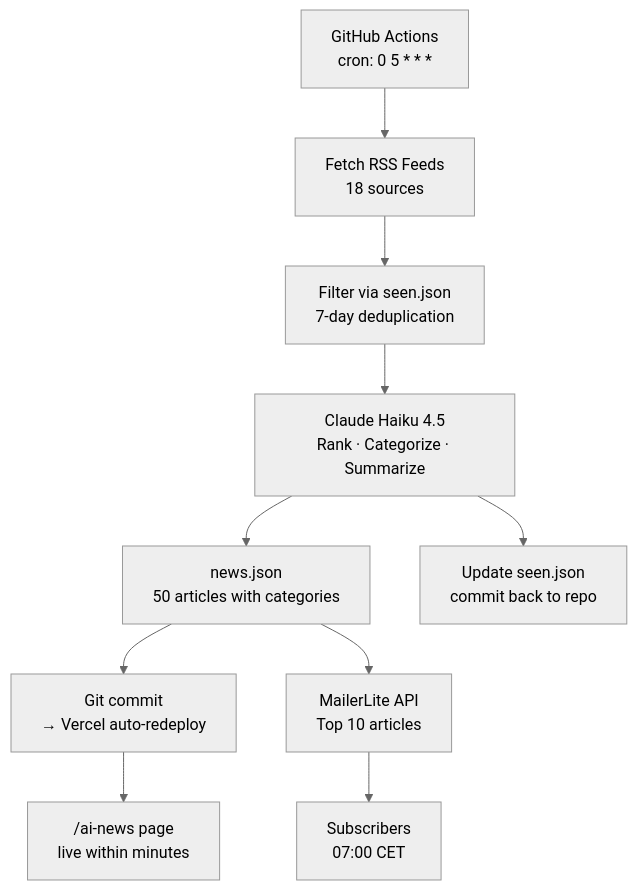
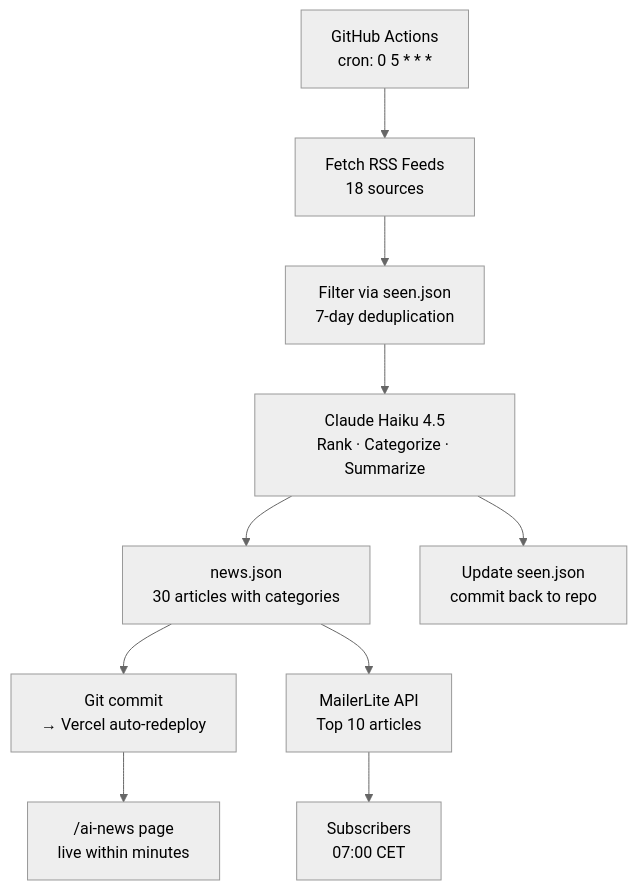
One commit to Marco-Lundh/marcolundh changed the second of 3 diagrams in README.md. Above: the diagram before and after it, drawn with Mermaid (neutral theme). The commit also changed other lines of this file and 3 other files, not shown here.

````diff
--- a/README.md
+++ b/README.md
@@ -51,12 +51,12 @@
 ```mermaid
 flowchart TD
     A["GitHub Actions\ncron: 0 5 * * *"] --> B["Fetch RSS Feeds\n18 sources"]
     B --> C["Filter via seen.json\n7-day deduplication"]
     C --> D["Claude Haiku 4.5\nRank · Categorize · Summarize"]
-    D --> E["news.json\n50 articles with categories"]
+    D --> E["news.json\n30 articles with categories"]
     D --> F["Update seen.json\ncommit back to repo"]
     E --> G["Git commit\n→ Vercel auto-redeploy"]
     E --> H["MailerLite API\nTop 10 articles"]
     G --> I["/ai-news page\nlive within minutes"]
     H --> J["Subscribers\n07:00 CET"]
 ```
````
